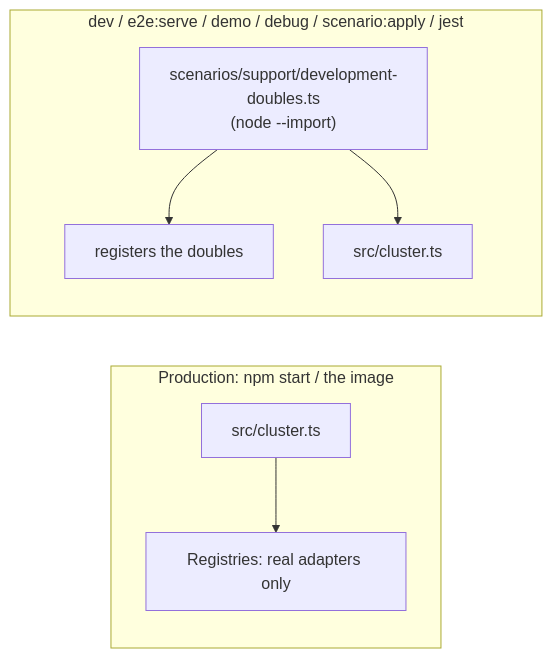
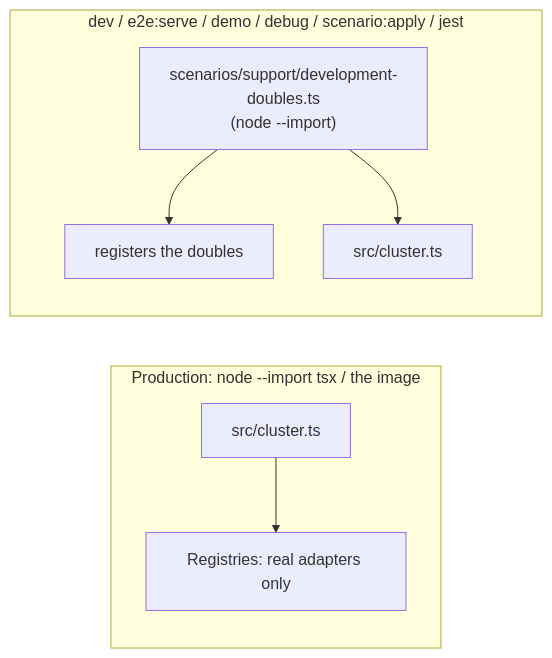
Before and after one commit to Guebbit/boilerplate-node-backend: the diagram in docs/tools/test-doubles.md, drawn with Mermaid. The commit also changed 20 other files, not shown here.

````diff
--- a/docs/tools/test-doubles.md
+++ b/docs/tools/test-doubles.md
@@ -9,10 +9,10 @@
 ```mermaid
 flowchart LR
-    subgraph image["Production: npm start / the image"]
+    subgraph image["Production: node --import tsx / the image"]
         cluster["src/cluster.ts"] --> registries["Registries: real adapters only"]
     end
     subgraph dev["dev / e2e:serve / demo / debug / scenario:apply / jest"]
         preload["scenarios/support/development-doubles.ts<br/>(node --import)"] --> doubles["registers the doubles"]
         preload --> cluster2["src/cluster.ts"]
     end
 ```
````
